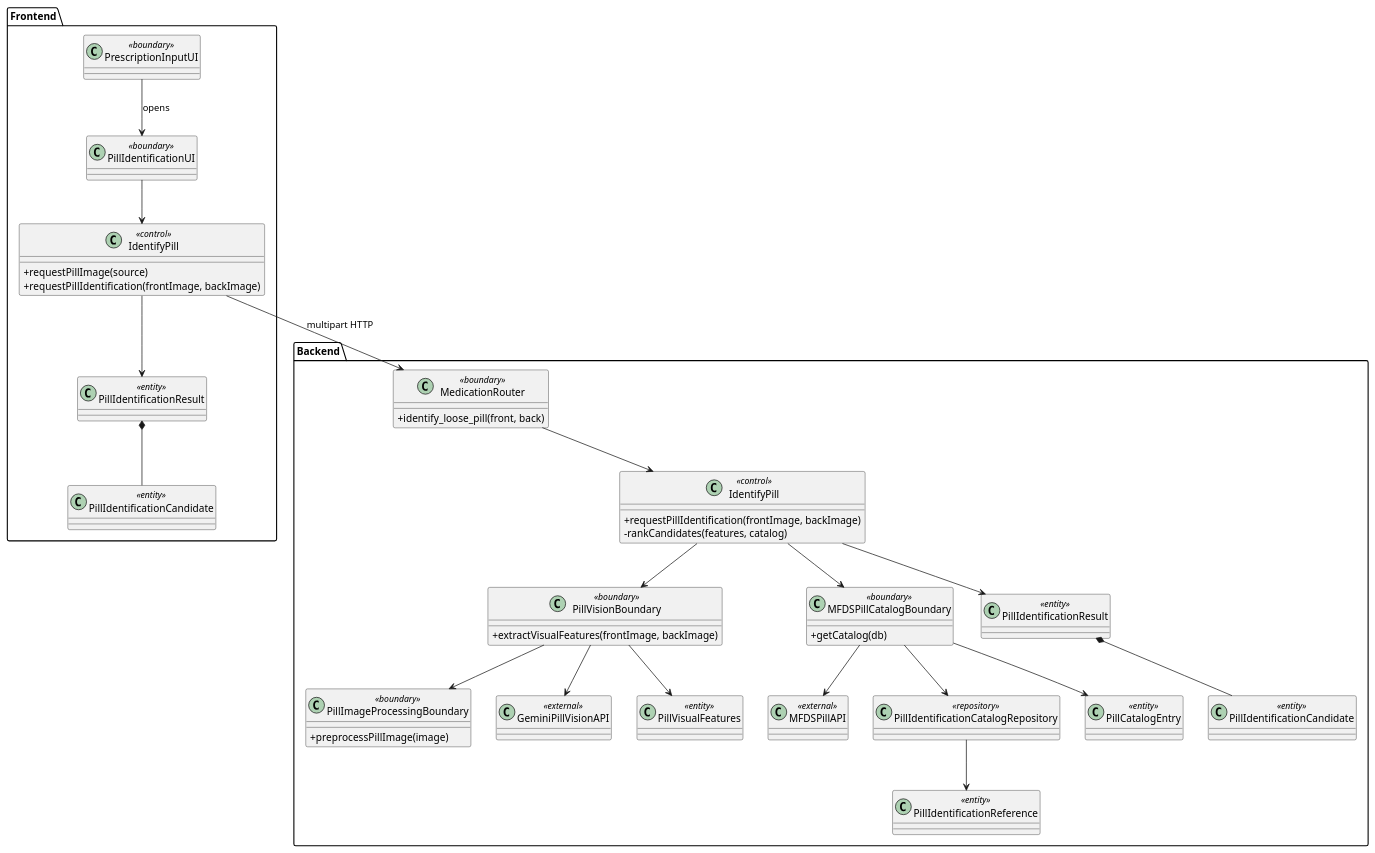
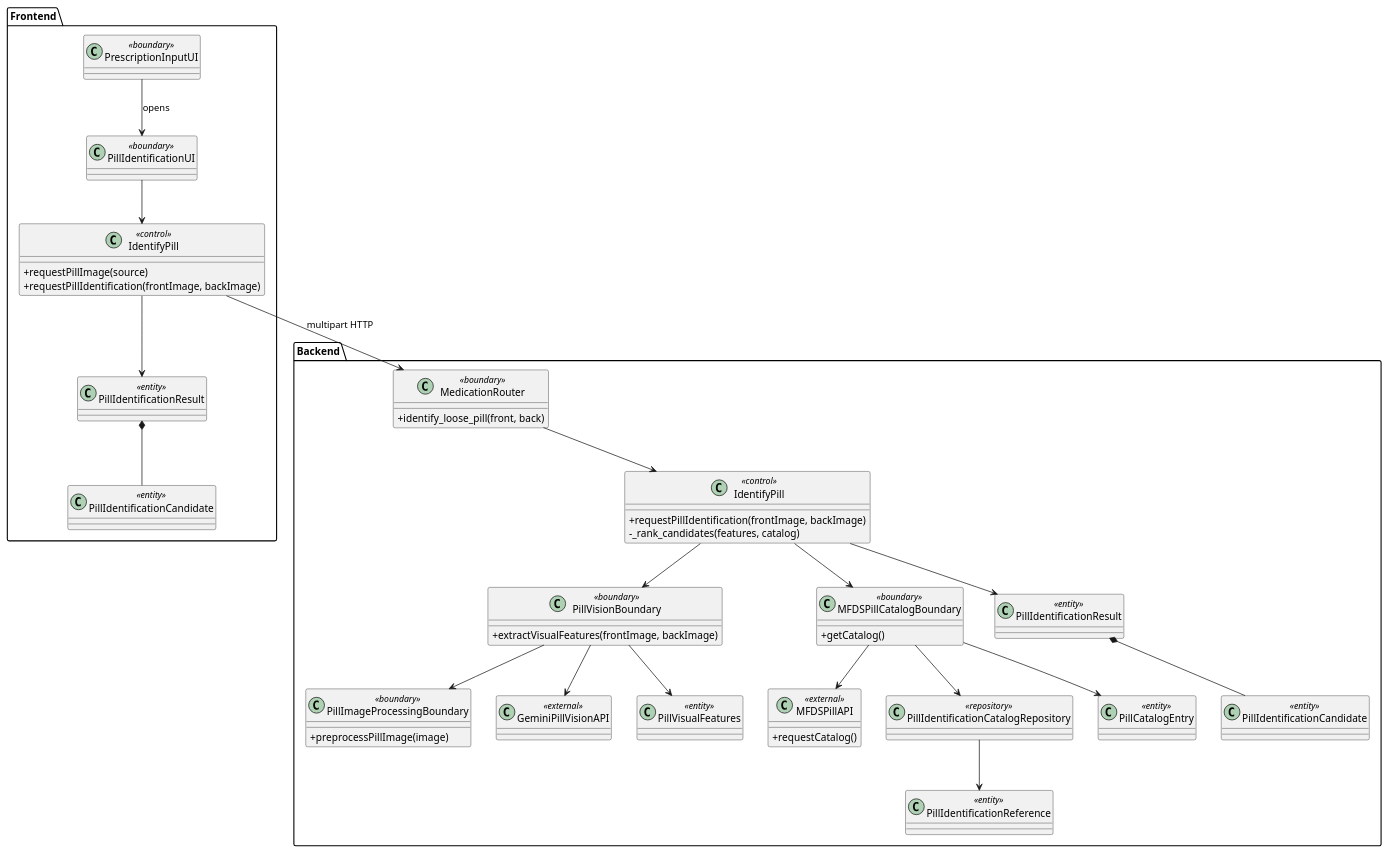
One commit to 1window2/MedBuddy changed the first of 2 diagrams in docs/MedBuddy - v0.0.9 Pill Identification Extension.md. Above: the diagram before and after it, drawn with PlantUML. The commit also changed other lines of this file and 2 other files, not shown here.

Commit message:
docs: align v0.0.9 pill identification architecture

````diff
--- a/docs/MedBuddy - v0.0.9 Pill Identification Extension.md
+++ b/docs/MedBuddy - v0.0.9 Pill Identification Extension.md
@@ -39,62 +41,64 @@
 ```plantuml
 @startuml MedBuddy_v009_Pill_Identification_Extension
 skinparam classAttributeIconSize 0
 
 package "Frontend" {
   class PrescriptionInputUI <<boundary>>
   class PillIdentificationUI <<boundary>>
   class "IdentifyPill" as IdentifyPillFlutter <<control>> {
     +requestPillImage(source)
     +requestPillIdentification(frontImage, backImage)
   }
   class "PillIdentificationResult" as PillIdentificationResultFlutter <<entity>>
   class "PillIdentificationCandidate" as PillIdentificationCandidateFlutter <<entity>>
 }
 
 package "Backend" {
   class MedicationRouter <<boundary>> {
     +identify_loose_pill(front, back)
   }
   class IdentifyPill <<control>> {
     +requestPillIdentification(frontImage, backImage)
-    -rankCandidates(features, catalog)
+    -_rank_candidates(features, catalog)
   }
   class PillVisionBoundary <<boundary>> {
     +extractVisualFeatures(frontImage, backImage)
   }
   class PillImageProcessingBoundary <<boundary>> {
     +preprocessPillImage(image)
   }
   class MFDSPillCatalogBoundary <<boundary>> {
-    +getCatalog(db)
+    +getCatalog()
   }
   class GeminiPillVisionAPI <<external>>
-  class MFDSPillAPI <<external>>
+  class MFDSPillAPI <<external>> {
+    +requestCatalog()
+  }
   class PillIdentificationCatalogRepository <<repository>>
   class PillVisualFeatures <<entity>>
   class PillCatalogEntry <<entity>>
   class PillIdentificationResult <<entity>>
   class PillIdentificationCandidate <<entity>>
   class PillIdentificationReference <<entity>>
 }
 
 PrescriptionInputUI --> PillIdentificationUI : opens
 PillIdentificationUI --> IdentifyPillFlutter
 IdentifyPillFlutter --> MedicationRouter : multipart HTTP
 IdentifyPillFlutter --> PillIdentificationResultFlutter
 PillIdentificationResultFlutter *-- PillIdentificationCandidateFlutter
 
 MedicationRouter --> IdentifyPill
 IdentifyPill --> PillVisionBoundary
 IdentifyPill --> MFDSPillCatalogBoundary
 IdentifyPill --> PillIdentificationResult
 PillIdentificationResult *-- PillIdentificationCandidate
 PillVisionBoundary --> PillImageProcessingBoundary
 PillVisionBoundary --> GeminiPillVisionAPI
 PillVisionBoundary --> PillVisualFeatures
 MFDSPillCatalogBoundary --> MFDSPillAPI
 MFDSPillCatalogBoundary --> PillIdentificationCatalogRepository
 PillIdentificationCatalogRepository --> PillIdentificationReference
 MFDSPillCatalogBoundary --> PillCatalogEntry
 @enduml
 ```
````
